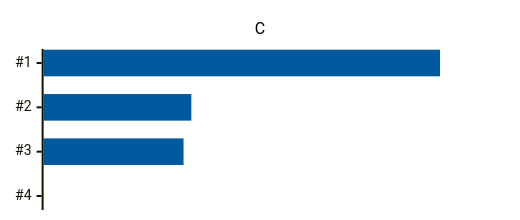
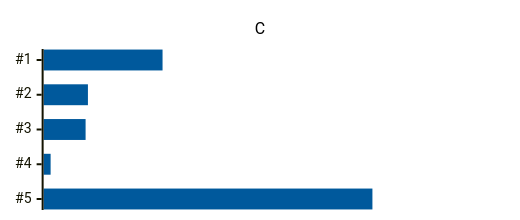
The second of 6 diagrams in doc/performance.md (thomasmueller/bau-lang), drawn with Mermaid before and after one commit. The commit also changed other lines of this file and 19 other files, not shown here.

````diff
--- a/doc/performance.md
+++ b/doc/performance.md
@@ -73,21 +88,21 @@
 ```mermaid
 ---
 config:
     xyChart:
         titleFontSize: 16
         width: 500
         height: 200
         plotReservedSpacePercent: 80
         yAxis: { showLabel: false, showTick: false, showAxisLine: false }
         chartOrientation: "horizontal"
     themeVariables:
         xyChart:
             titleColor: "#000000"
             plotColorPalette: "#00599C"
 ---
 xychart-beta
     title "C"
-    x-axis [#1, #2, #3, #4]
-    y-axis "Seconds" 0 --> 6
-    bar [5.1, 1.9, 1.8, 0.0]
+    x-axis [#1, #2, #3, #4, #5]
+    y-axis "Seconds" 0 --> 20
+    bar [5.1, 1.9, 1.8, 0.3, 14.1]
 ```
````
